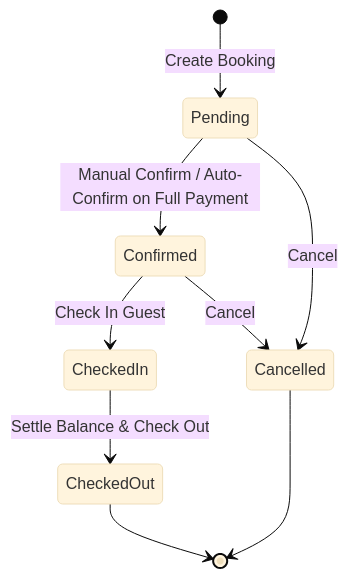
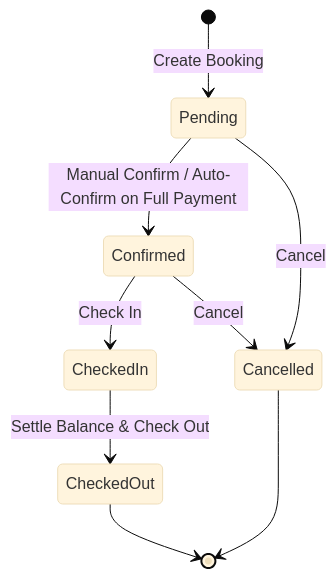
One commit to Marwanthe0/HotelManagement changed the second of 2 diagrams in README.md. Above: the diagram before and after it, drawn with Mermaid (base theme). The commit also changed other lines of this file, not shown here.

````diff
--- a/README.md
+++ b/README.md
@@ -269,11 +331,11 @@
 ```mermaid
 stateDiagram-v2
     [*] --> Pending : Create Booking
     Pending --> Confirmed : Manual Confirm / Auto-Confirm on Full Payment
     Pending --> Cancelled : Cancel
-    Confirmed --> CheckedIn : Check In Guest
+    Confirmed --> CheckedIn : Check In
     Confirmed --> Cancelled : Cancel
     CheckedIn --> CheckedOut : Settle Balance & Check Out
     CheckedOut --> [*]
     Cancelled --> [*]
 ```
````
